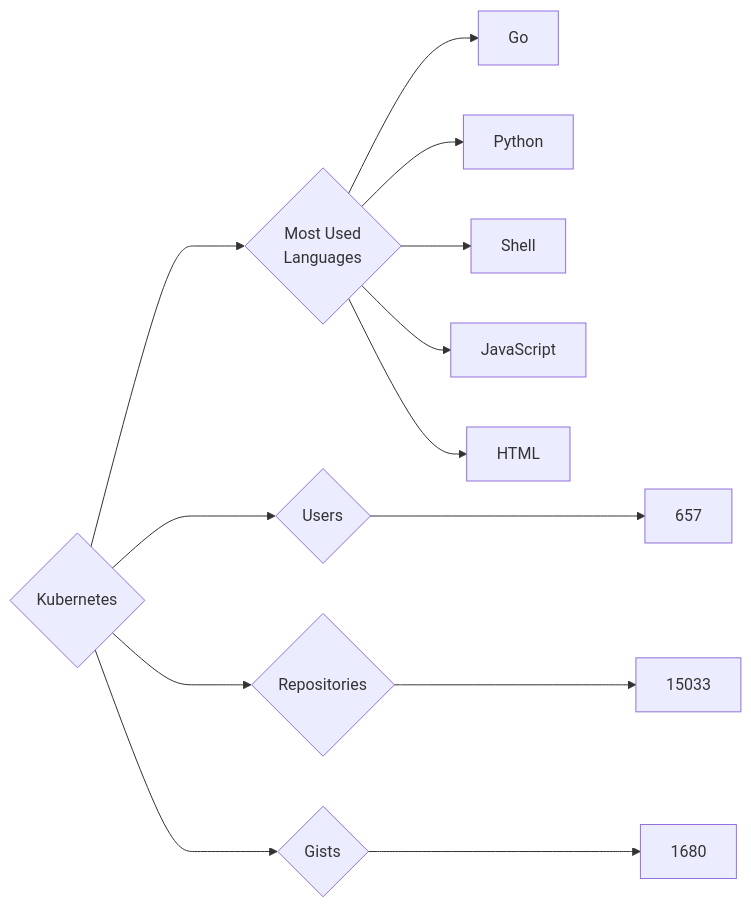
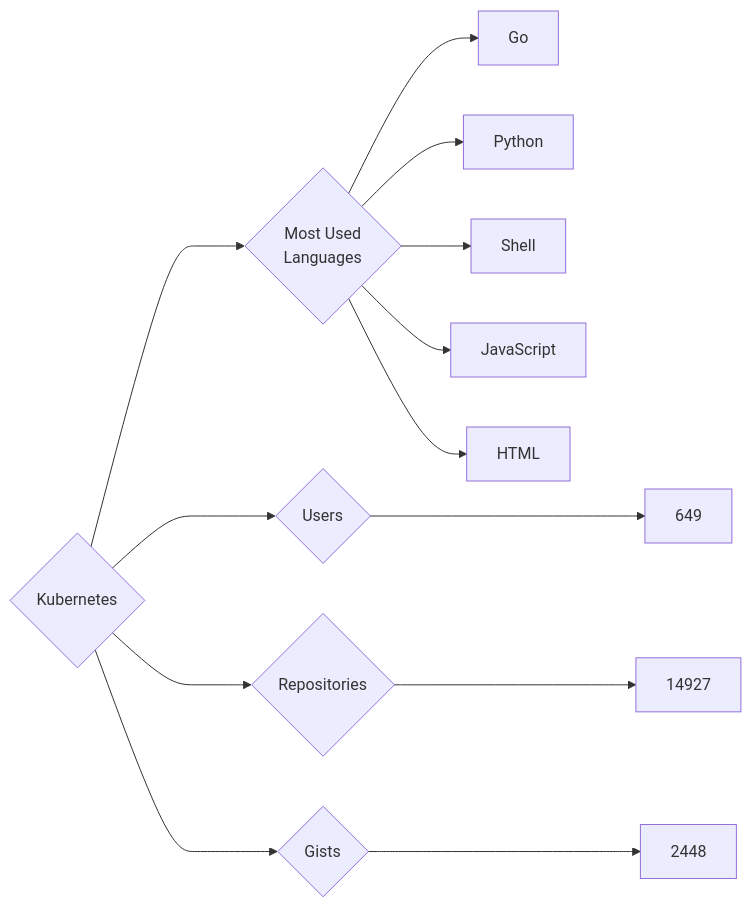
The diagram in targets/Kubernetes/README.md (trickest/insiders), drawn with Mermaid before and after one commit. The commit also changed 895 other files, not shown here.

````diff
--- a/targets/Kubernetes/README.md
+++ b/targets/Kubernetes/README.md
@@ -3,13 +3,13 @@
 ```mermaid
 graph LR
 COMPANY_NAME{Kubernetes}
-COMPANY_NAME ---> U{Users} ---> UN[657]
-COMPANY_NAME ---> R{Repositories} ---> RN[15033]
-COMPANY_NAME ---> G{Gists} ---> GN[1680]
+COMPANY_NAME ---> U{Users} ---> UN[649]
+COMPANY_NAME ---> R{Repositories} ---> RN[14927]
+COMPANY_NAME ---> G{Gists} ---> GN[2448]
 COMPANY_NAME ---> ML{Most Used<br>Languages}
 ML --> Go[Go]
 ML --> Python[Python]
 ML --> Shell[Shell]
 ML --> JavaScript[JavaScript]
 ML --> HTML[HTML]
 ```
````
